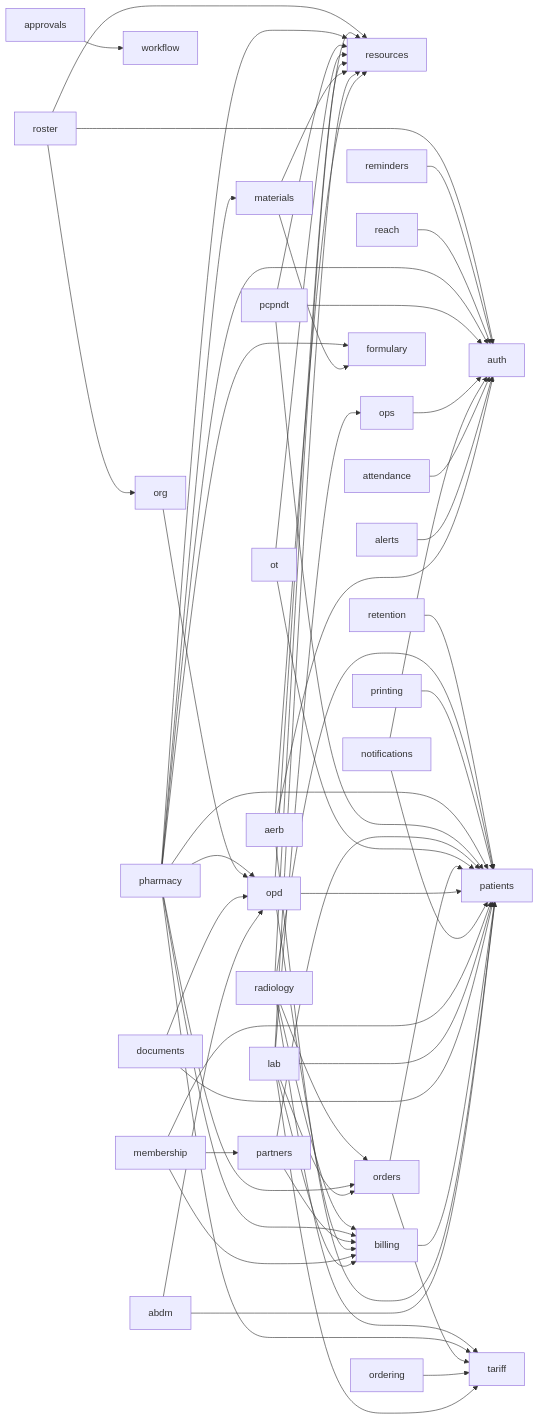
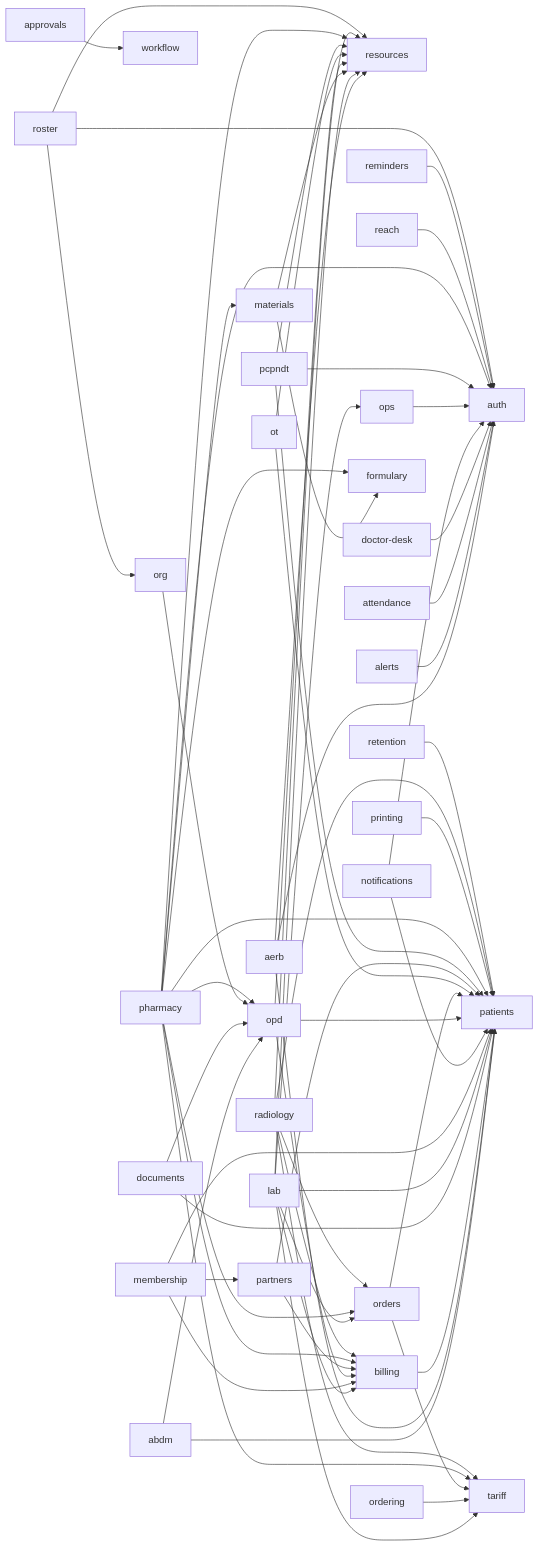
One commit to ankits3a/hims-hmis changed the diagram in docs/architecture/schema.md. Above: the diagram before and after it, drawn with Mermaid. The commit also changed other lines of this file and 58 other files, not shown here.

First line of the commit message:
feat(doctor-desk): DD-0 — OPD-day Tower, Clocks Running + nudge, login briefs, AI Briefs (#891)

````diff
--- a/docs/architecture/schema.md
+++ b/docs/architecture/schema.md
@@ -13,63 +13,64 @@
 ```mermaid
 flowchart LR
   abdm[abdm] --> opd[opd]
   abdm[abdm] --> patients[patients]
   aerb[aerb] --> auth[auth]
   aerb[aerb] --> patients[patients]
   aerb[aerb] --> resources[resources]
   alerts[alerts] --> auth[auth]
   approvals[approvals] --> workflow[workflow]
   attendance[attendance] --> auth[auth]
   billing[billing] --> patients[patients]
+  doctor_desk[doctor-desk] --> auth[auth]
   documents[documents] --> opd[opd]
   documents[documents] --> patients[patients]
   lab[lab] --> billing[billing]
   lab[lab] --> ops[ops]
   lab[lab] --> orders[orders]
   lab[lab] --> patients[patients]
   lab[lab] --> resources[resources]
   lab[lab] --> tariff[tariff]
   materials[materials] --> formulary[formulary]
   materials[materials] --> resources[resources]
   membership[membership] --> billing[billing]
   membership[membership] --> partners[partners]
   membership[membership] --> patients[patients]
   notifications[notifications] --> auth[auth]
   notifications[notifications] --> patients[patients]
   opd[opd] --> billing[billing]
   opd[opd] --> patients[patients]
   opd[opd] --> resources[resources]
   ops[ops] --> auth[auth]
   ordering[ordering] --> tariff[tariff]
   orders[orders] --> patients[patients]
   orders[orders] --> tariff[tariff]
   org[org] --> opd[opd]
   ot[ot] --> patients[patients]
   ot[ot] --> resources[resources]
   partners[partners] --> billing[billing]
   partners[partners] --> patients[patients]
   pcpndt[pcpndt] --> auth[auth]
   pcpndt[pcpndt] --> patients[patients]
   pcpndt[pcpndt] --> resources[resources]
   pharmacy[pharmacy] --> auth[auth]
   pharmacy[pharmacy] --> billing[billing]
   pharmacy[pharmacy] --> formulary[formulary]
   pharmacy[pharmacy] --> materials[materials]
   pharmacy[pharmacy] --> opd[opd]
   pharmacy[pharmacy] --> orders[orders]
   pharmacy[pharmacy] --> patients[patients]
   pharmacy[pharmacy] --> resources[resources]
   pharmacy[pharmacy] --> tariff[tariff]
   printing[printing] --> patients[patients]
   radiology[radiology] --> billing[billing]
   radiology[radiology] --> orders[orders]
   radiology[radiology] --> patients[patients]
   radiology[radiology] --> resources[resources]
   radiology[radiology] --> tariff[tariff]
   reach[reach] --> auth[auth]
   reminders[reminders] --> auth[auth]
   retention[retention] --> patients[patients]
   roster[roster] --> auth[auth]
   roster[roster] --> org[org]
   roster[roster] --> resources[resources]
 ```
````
